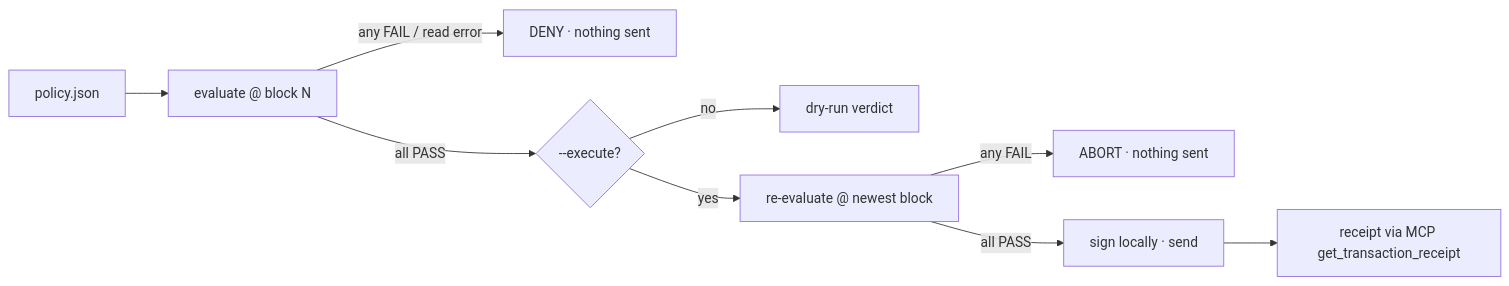
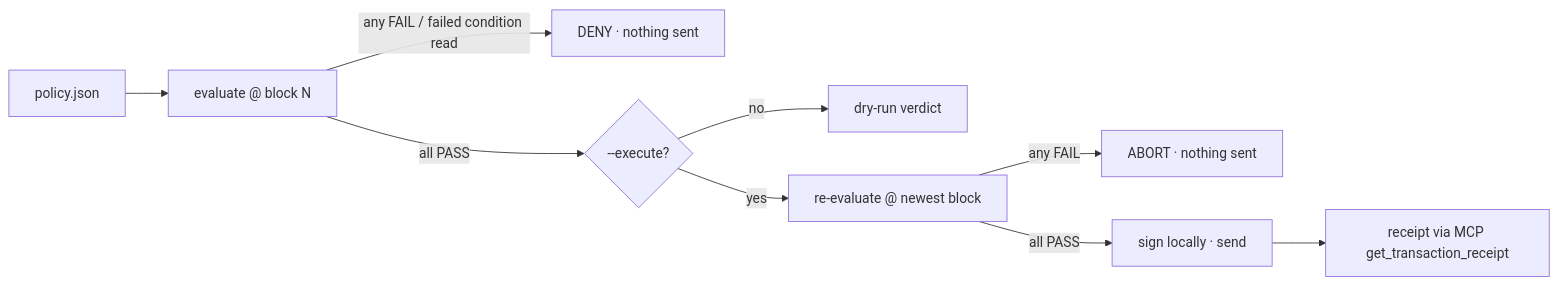
Before and after one commit to edycutjong/pharos-beacon: the diagram in tasks/threshold-guardian/README.md, drawn with Mermaid. The commit also changed other lines of this file and 5 other files, not shown here.

````diff
--- a/tasks/threshold-guardian/README.md
+++ b/tasks/threshold-guardian/README.md
@@ -19,10 +35,10 @@
 ```mermaid
 flowchart LR
   P[policy.json] --> E1[evaluate @ block N]
-  E1 -- any FAIL / read error --> D[DENY · nothing sent]
+  E1 -- any FAIL / failed condition read --> D[DENY · nothing sent]
   E1 -- all PASS --> X{--execute?}
   X -- no --> R[dry-run verdict]
   X -- yes --> E2[re-evaluate @ newest block]
   E2 -- any FAIL --> A[ABORT · nothing sent]
   E2 -- all PASS --> S[sign locally · send] --> C[receipt via MCP get_transaction_receipt]
 ```
````
